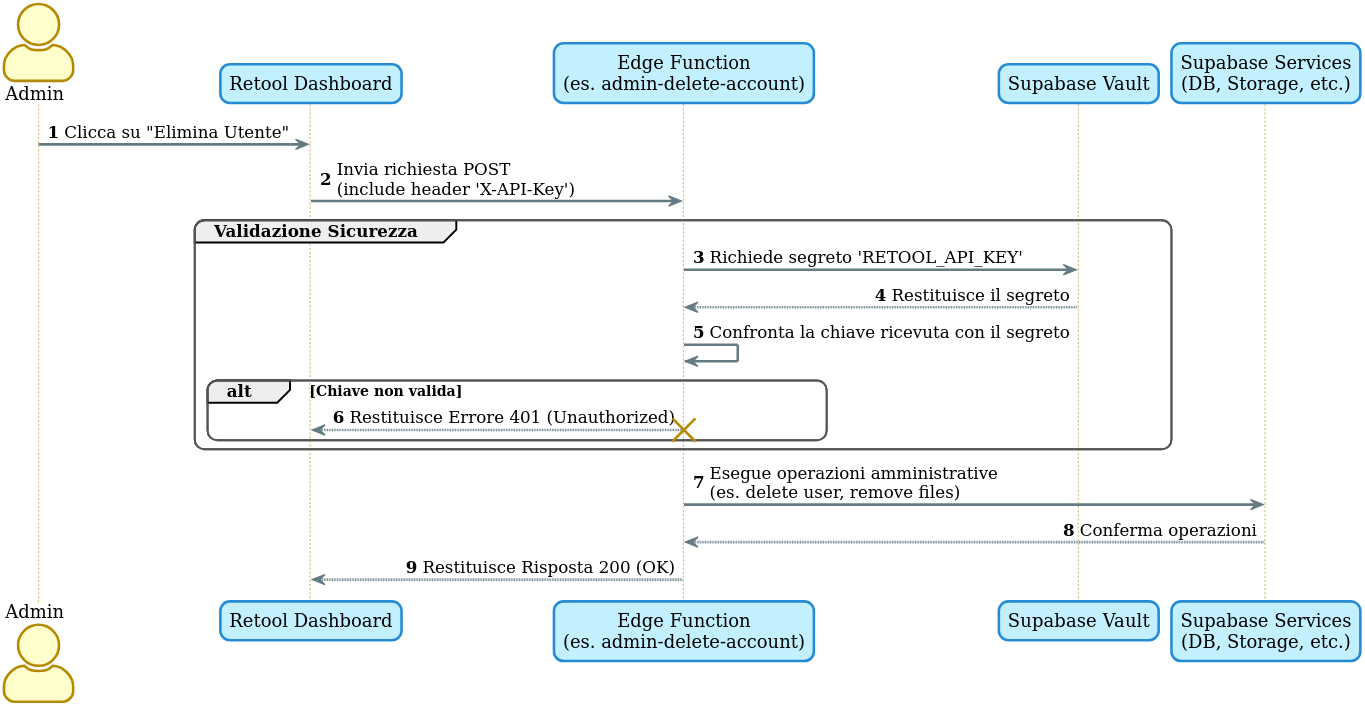
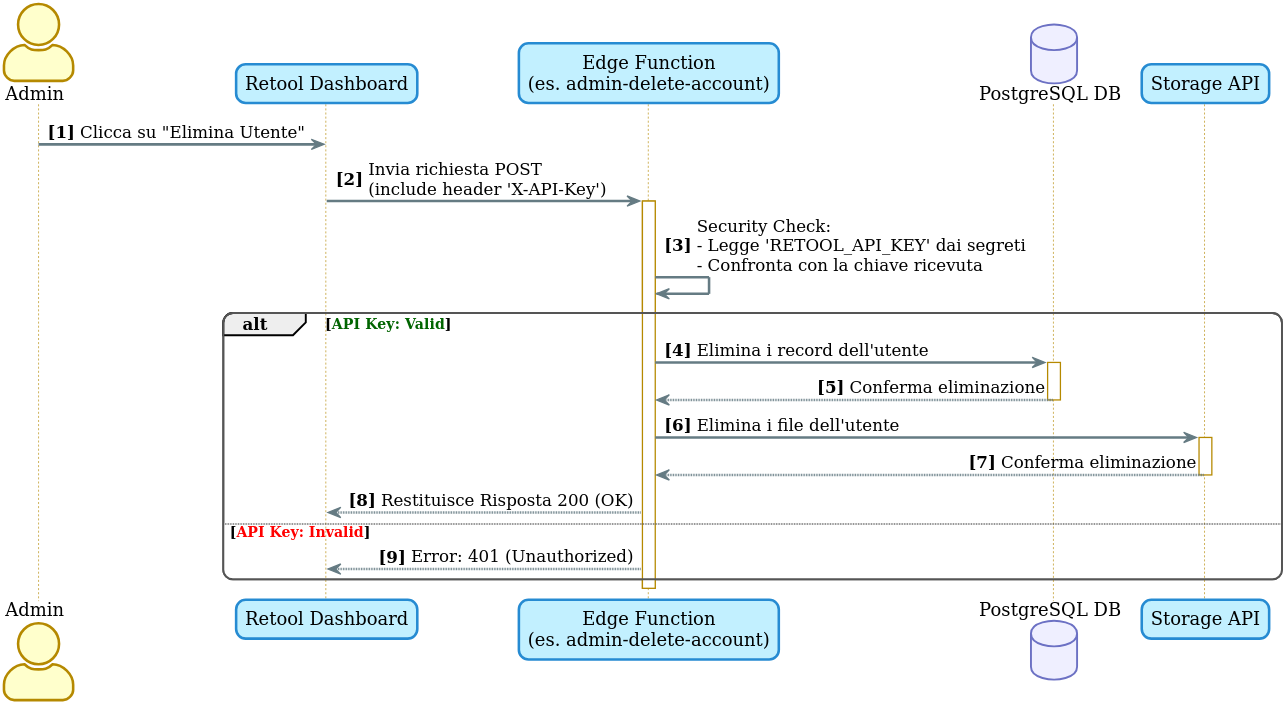
One commit to TMoretta/Swift-Contest changed the diagram in thesis/diagrams/src/retool-edge-call.puml. Above: the diagram before and after it, drawn with PlantUML. The commit also changed 31 other files, not shown here.

Commit message:
Updated diagrams

```diff
--- a/thesis/diagrams/src/retool-edge-call.puml
+++ b/thesis/diagrams/src/retool-edge-call.puml
@@ -1,62 +1,62 @@
 @startuml
 
 !theme sunlust
 skinparam dpi 300
 skinparam backgroundColor transparent
 skinparam actorStyle awesome
 skinparam shadowing false
 
-autonumber
+autonumber "<b>[0]"
 
 skinparam package {
     backgroundColor #FFFFFF
     borderColor #555555
 }
 skinparam rectangle {
   backgroundColor #E6F3FF
   borderColor #3995D7
 }
 
-' skinparam sequence {
-'     ParticipantBackgroundColor #E6F3FF
-'     ParticipantBorderColor #00529B
-'     ActorBackgroundColor #D1E8FF
-'     ActorBorderColor #0065D1
-'     ArrowColor #555555
-'     LifeLineBorderColor #7A869A
-' }
-' skinparam shadowing true
-
 ' =======================================
 ' Definizione dei Partecipanti
 ' =======================================
 actor Admin
 participant "Retool Dashboard" as Retool
 participant "Edge Function\n(es. admin-delete-account)" as Edge
-participant "Supabase Vault" as Vault
-participant "Supabase Services\n(DB, Storage, etc.)" as Supabase
+' MODIFICA: Sostituito con partecipanti specifici
+database "PostgreSQL DB" as DB
+participant "Storage API" as Storage
 
 ' =======================================
 ' Flusso della Chiamata Sicura
 ' =======================================
 Admin -> Retool : Clicca su "Elimina Utente"
 
 Retool -> Edge : Invia richiesta POST\n(include header 'X-API-Key')
+activate Edge
 
-group Validazione Sicurezza
-    Edge -> Vault : Richiede segreto 'RETOOL_API_KEY'
-    Vault --> Edge : Restituisce il segreto
-    Edge -> Edge : Confronta la chiave ricevuta con il segreto
-    alt Chiave non valida
-        Edge --> Retool : Restituisce Errore 401 (Unauthorized)
-        destroy Edge
-    end
+' MODIFICA: Il controllo della chiave API è un'azione interna
+Edge -> Edge : Security Check:\n- Legge 'RETOOL_API_KEY' dai segreti\n- Confronta con la chiave ricevuta
+
+alt <color:#006400>API Key: Valid</color>
+    ' MODIFICA: La funzione ora chiama servizi specifici
+
+      Edge -> DB : Elimina i record dell'utente
+      activate DB
+      DB --> Edge : Conferma eliminazione
+      deactivate DB
+
+      Edge -> Storage : Elimina i file dell'utente
+      activate Storage
+      Storage --> Edge : Conferma eliminazione
+      deactivate Storage
+
+    Edge --> Retool : Restituisce Risposta 200 (OK)
+
+else <color:red>API Key: Invalid</color>
+    Edge --> Retool : Error: 401 (Unauthorized)
 end
 
-' Se la chiave è valida, procede
-Edge -> Supabase : Esegue operazioni amministrative\n(es. delete user, remove files)
-Supabase --> Edge : Conferma operazioni
-
-Edge --> Retool : Restituisce Risposta 200 (OK)
+deactivate Edge
 
 @enduml
```
